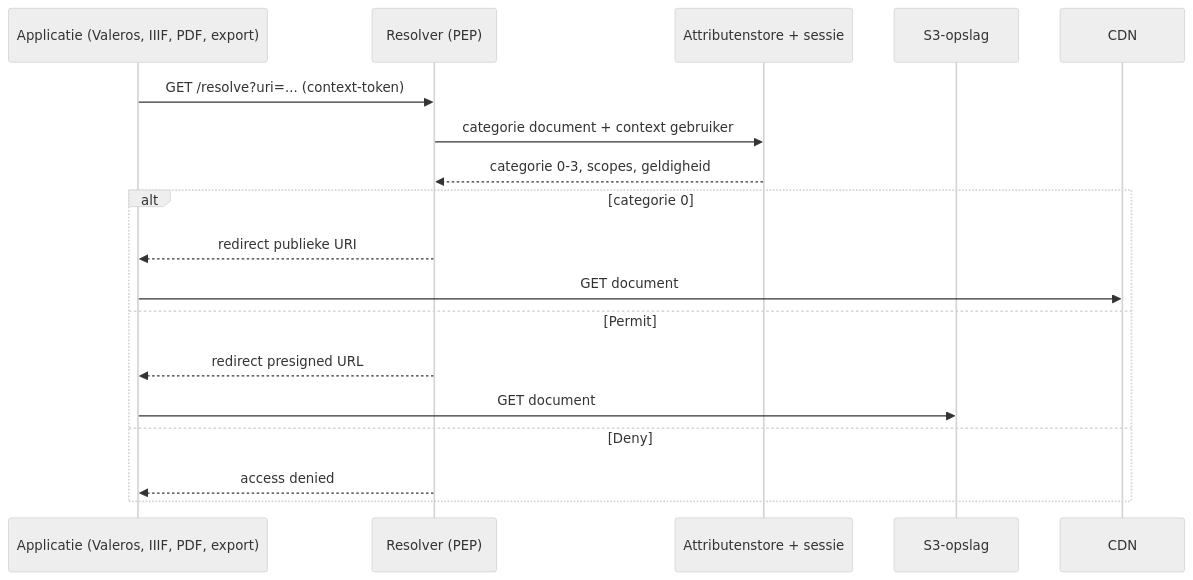
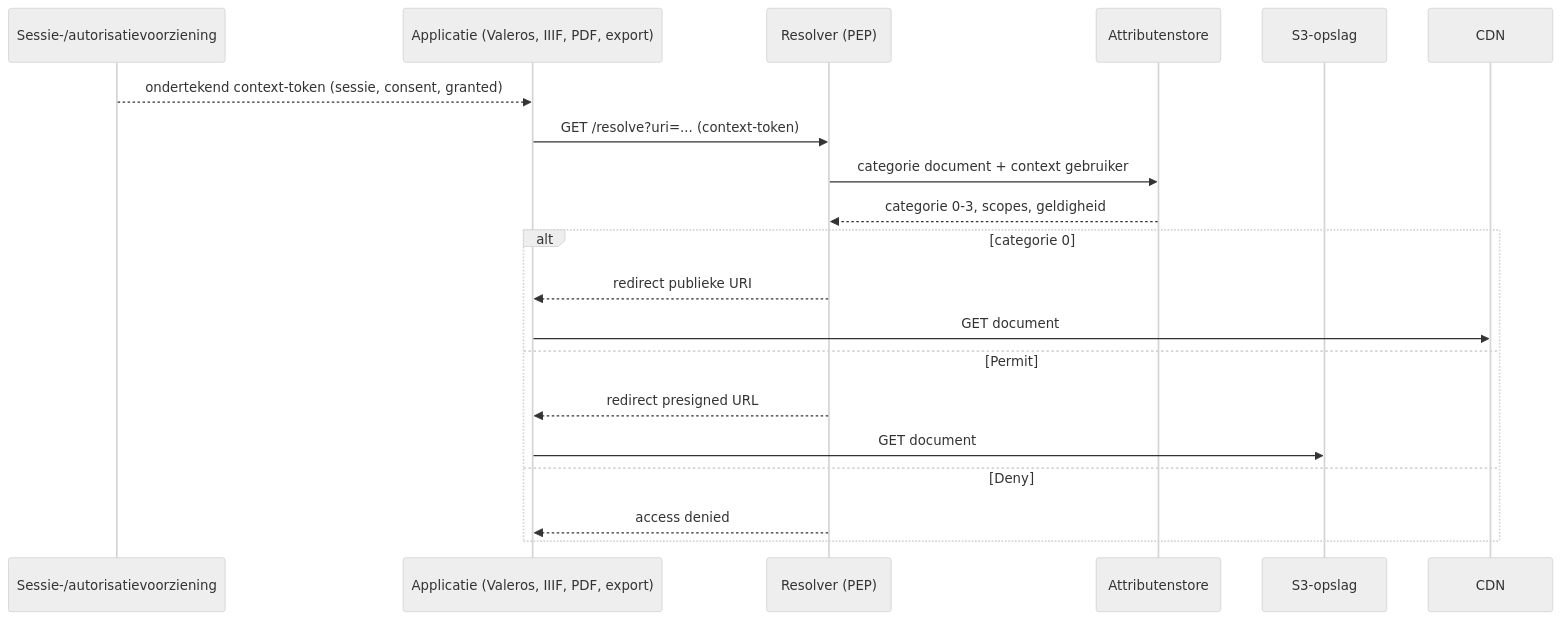
Before and after one commit to Regionaal-Archief-Zuid-Utrecht/vestibulum: the diagram in architectuur-toegangsbeperkingen.md, drawn with Mermaid (neutral theme). The commit also changed other lines of this file, not shown here.

Commit message:
uitwerking stapeling, contextvoorziening en autorisatieregister in toegangsarchitectuur

````diff
--- a/architectuur-toegangsbeperkingen.md
+++ b/architectuur-toegangsbeperkingen.md
@@ -66,20 +70,22 @@
 ```mermaid
 sequenceDiagram
+  participant Auth as Sessie-/autorisatievoorziening
   participant App as Applicatie (Valeros, IIIF, PDF, export)
   participant Res as Resolver (PEP)
-  participant Attr as Attributenstore + sessie
+  participant Attr as Attributenstore
   participant S3 as S3-opslag
   participant CDN as CDN
+  Auth-->>App: ondertekend context-token (sessie, consent, granted)
   App->>Res: GET /resolve?uri=... (context-token)
   Res->>Attr: categorie document + context gebruiker
   Attr-->>Res: categorie 0-3, scopes, geldigheid
   alt categorie 0
     Res-->>App: redirect publieke URI
     App->>CDN: GET document
   else Permit
     Res-->>App: redirect presigned URL
     App->>S3: GET document
   else Deny
     Res-->>App: access denied
   end
 ```
````
